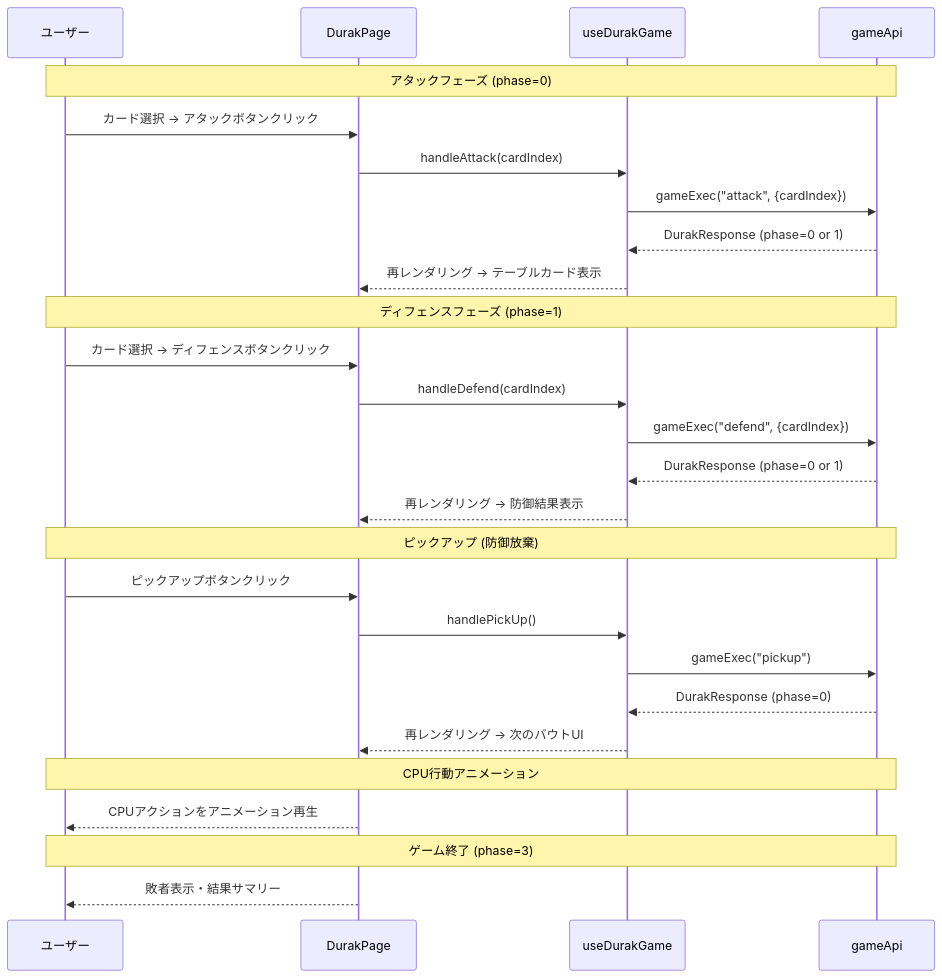
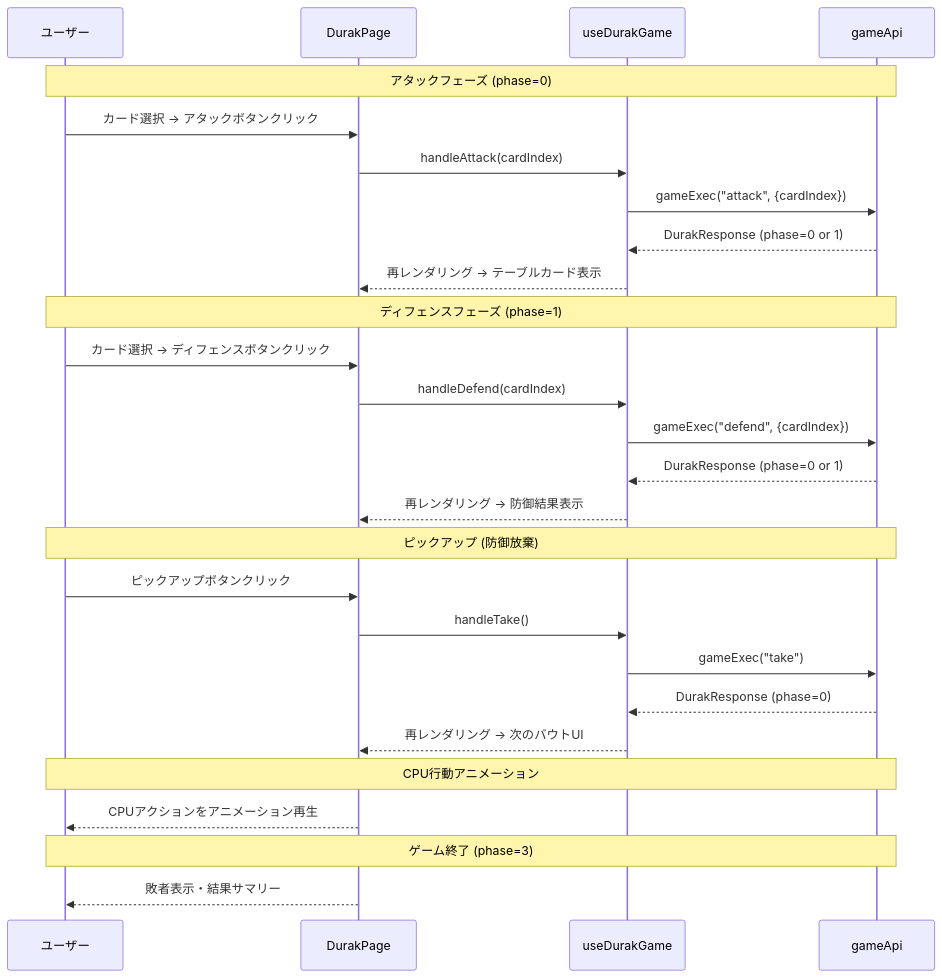
Diagram 25 of 49 in docs/design/frontend.md (yuta-yoshinaga/go_trumpcards), drawn with Mermaid before and after one commit. The commit also changed other lines of this file and 12 other files, not shown here.

````diff
--- a/docs/design/frontend.md
+++ b/docs/design/frontend.md
@@ -2620,34 +2580,34 @@
 ```mermaid
 sequenceDiagram
     participant User as ユーザー
     participant Page as DurakPage
     participant Hook as useDurakGame
     participant API as gameApi
 
     Note over User,API: アタックフェーズ (phase=0)
     User->>Page: カード選択 → アタックボタンクリック
     Page->>Hook: handleAttack(cardIndex)
     Hook->>API: gameExec("attack", {cardIndex})
     API-->>Hook: DurakResponse (phase=0 or 1)
     Hook-->>Page: 再レンダリング → テーブルカード表示
 
     Note over User,API: ディフェンスフェーズ (phase=1)
     User->>Page: カード選択 → ディフェンスボタンクリック
     Page->>Hook: handleDefend(cardIndex)
     Hook->>API: gameExec("defend", {cardIndex})
     API-->>Hook: DurakResponse (phase=0 or 1)
     Hook-->>Page: 再レンダリング → 防御結果表示
 
     Note over User,API: ピックアップ (防御放棄)
     User->>Page: ピックアップボタンクリック
-    Page->>Hook: handlePickUp()
-    Hook->>API: gameExec("pickup")
+    Page->>Hook: handleTake()
+    Hook->>API: gameExec("take")
     API-->>Hook: DurakResponse (phase=0)
     Hook-->>Page: 再レンダリング → 次のバウトUI
 
     Note over User,API: CPU行動アニメーション
     Page-->>User: CPUアクションをアニメーション再生
 
     Note over User,API: ゲーム終了 (phase=3)
     Page-->>User: 敗者表示・結果サマリー
 ```
````
